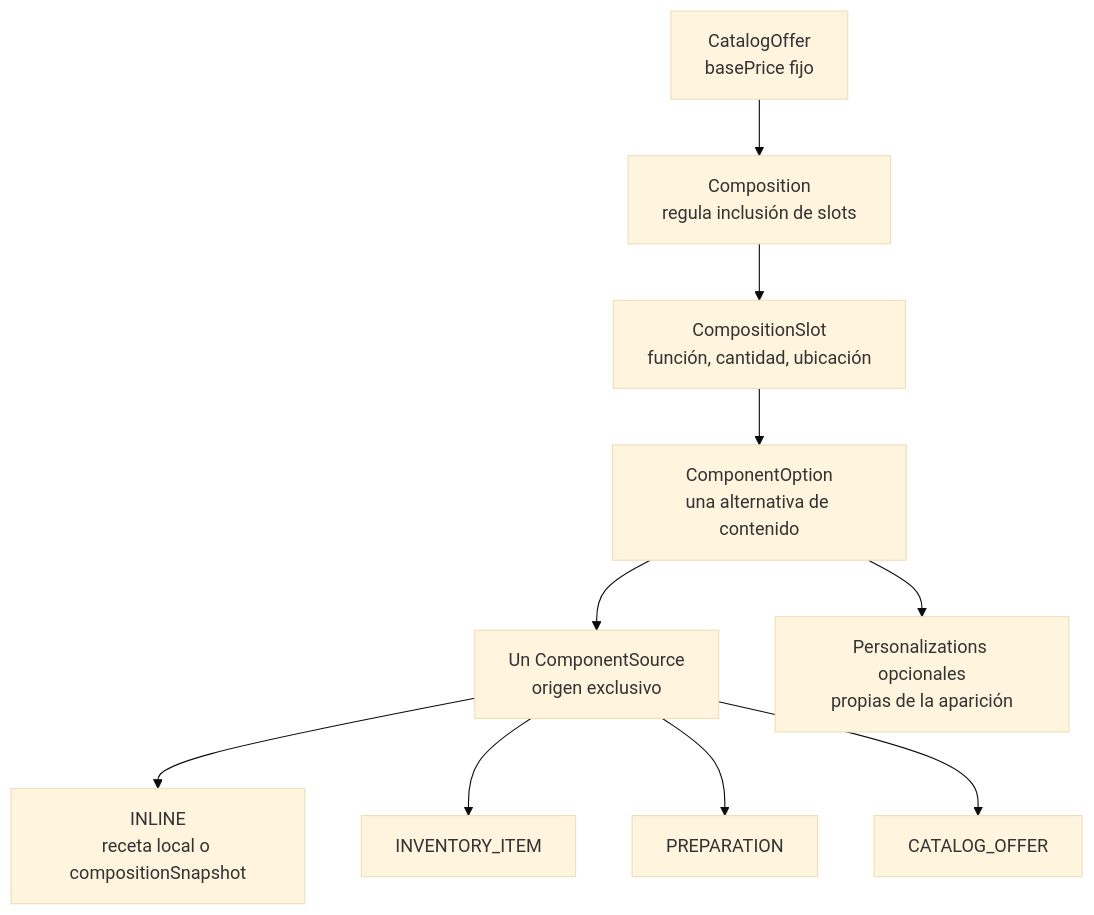
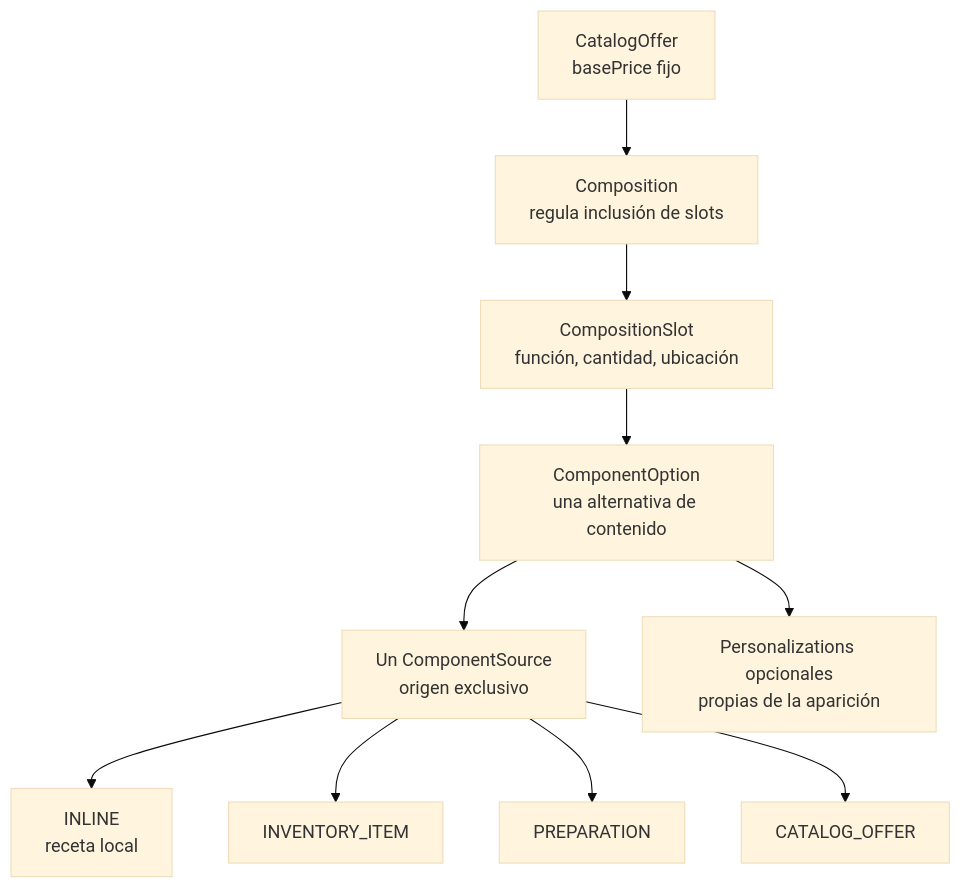
Before and after one commit to FMAT-Restaurant/Menu-Documentation: the fourth of 5 diagrams in docs/ers/architechture.md, drawn with Mermaid (base theme). The commit also changed other lines of this file and 12 other files, not shown here.

````diff
--- a/docs/ers/architechture.md
+++ b/docs/ers/architechture.md
@@ -385,12 +384,12 @@
 ```mermaid
 flowchart TB
     Offer["CatalogOffer<br/>basePrice fijo"] --> Composition["Composition<br/>regula inclusión de slots"]
     Composition --> Slot["CompositionSlot<br/>función, cantidad, ubicación"]
     Slot --> Option["ComponentOption<br/>una alternativa de contenido"]
     Option --> Source["Un ComponentSource<br/>origen exclusivo"]
     Option --> Personalizations["Personalizations opcionales<br/>propias de la aparición"]
-    Source --> Inline["INLINE<br/>receta local o compositionSnapshot"]
+    Source --> Inline["INLINE<br/>receta local"]
     Source --> Inventory["INVENTORY_ITEM"]
     Source --> Preparation["PREPARATION"]
     Source --> CatalogOfferRef["CATALOG_OFFER"]
 ```
````
